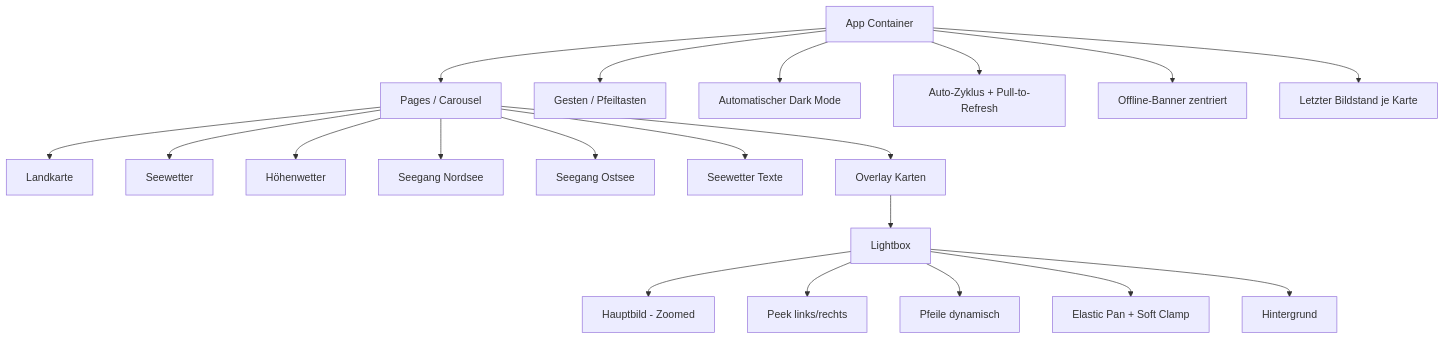
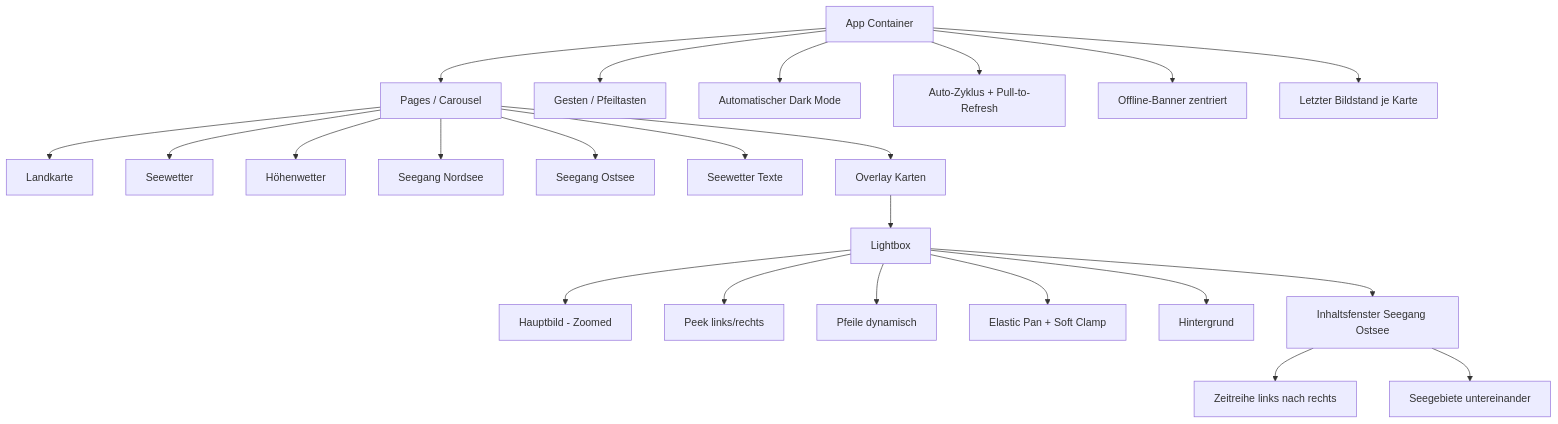
Before and after one commit to w465jt7pm9-cpu/dwd-dashboard: the diagram in docs/UI-Struktur.md, drawn with Mermaid. The commit also changed other lines of this file and 5 other files, not shown here.

````diff
--- a/docs/UI-Struktur.md
+++ b/docs/UI-Struktur.md
@@ -13,22 +15,25 @@
 ```mermaid
 flowchart TD
   App[App Container] --> Pages[Pages / Carousel]
   Pages --> Land[Landkarte]
   Pages --> See[Seewetter]
   Pages --> Hoehenwetter[Höhenwetter]
   Pages --> Nordsee[Seegang Nordsee]
   Pages --> Ostsee[Seegang Ostsee]
   Pages --> Texte[Seewetter Texte]
   Pages --> Cards[Overlay Karten]
   Cards --> Lightbox[Lightbox]
   Lightbox --> Image[Hauptbild - Zoomed]
   Lightbox --> Peek[Peek links/rechts]
   Lightbox --> Arrows[Pfeile dynamisch]
   Lightbox --> Elastic[Elastic Pan + Soft Clamp]
   Lightbox --> Overlay[Hintergrund]
+  Lightbox --> OstseeWindow[Inhaltsfenster Seegang Ostsee]
+  OstseeWindow --> Meteogram[Zeitreihe links nach rechts]
+  OstseeWindow --> Areas[Seegebiete untereinander]
   App --> Gestures[Gesten / Pfeiltasten]
   App --> Theme[Automatischer Dark Mode]
   App --> Refresh[Auto-Zyklus + Pull-to-Refresh]
   App --> OfflineBanner[Offline-Banner zentriert]
   App --> Persistence[Letzter Bildstand je Karte]
 ```
````
